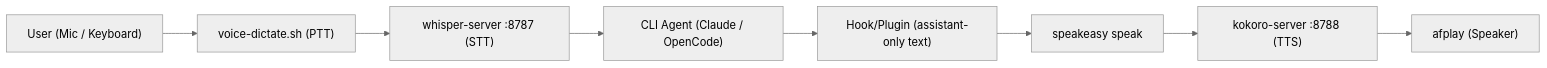
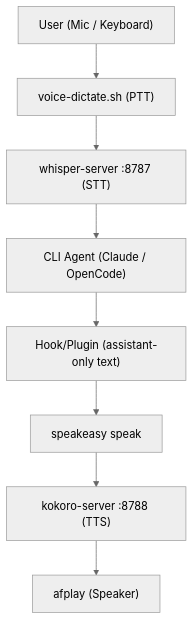
The diagram in README.md (arhumsavera/speakeasy), drawn with Mermaid (neutral theme) before and after one commit.

Commit message:
Make architecture diagram vertical for compact rendering

````diff
--- a/README.md
+++ b/README.md
@@ -9,19 +9,19 @@
 ```mermaid
-flowchart LR
+flowchart TD
   U["User (Mic / Keyboard)"]
   D["voice-dictate.sh (PTT)"]
   W["whisper-server :8787 (STT)"]
   A["CLI Agent (Claude / OpenCode)"]
   H["Hook/Plugin (assistant-only text)"]
   S["speakeasy speak"]
   K["kokoro-server :8788 (TTS)"]
   O["afplay (Speaker)"]
 
   U --> D
   D --> W
   W --> A
   A --> H
   H --> S
   S --> K
   K --> O
 ```
````
